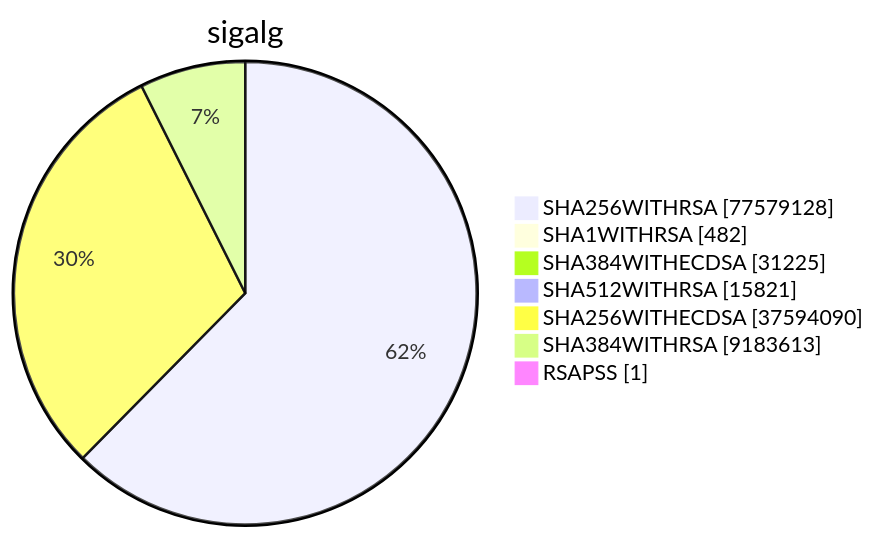
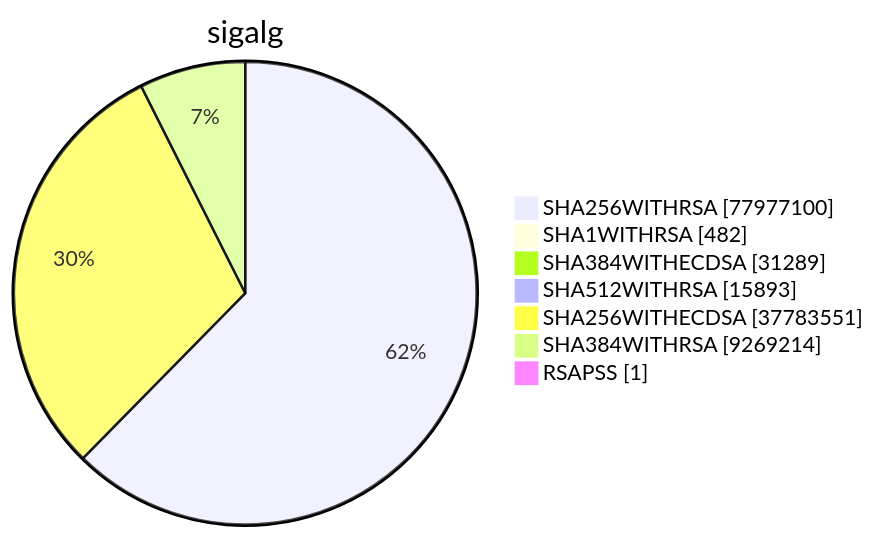
One commit to christiankrug/ctmonitor_visualization changed diagram 15 of 15 in xenon2023/README.md. Above: the diagram before and after it, drawn with Mermaid. The commit also changed other lines of this file, not shown here.

````diff
--- a/xenon2023/README.md
+++ b/xenon2023/README.md
@@ -4575,11 +4578,11 @@
 ```mermaid
 pie showData
 title sigalg
-"SHA256WITHRSA" :77579128
+"SHA256WITHRSA" :77977100
 "SHA1WITHRSA" :482
-"SHA384WITHECDSA" :31225
-"SHA512WITHRSA" :15821
-"SHA256WITHECDSA" :37594090
-"SHA384WITHRSA" :9183613
+"SHA384WITHECDSA" :31289
+"SHA512WITHRSA" :15893
+"SHA256WITHECDSA" :37783551
+"SHA384WITHRSA" :9269214
 "RSAPSS" :1
 ```
````
